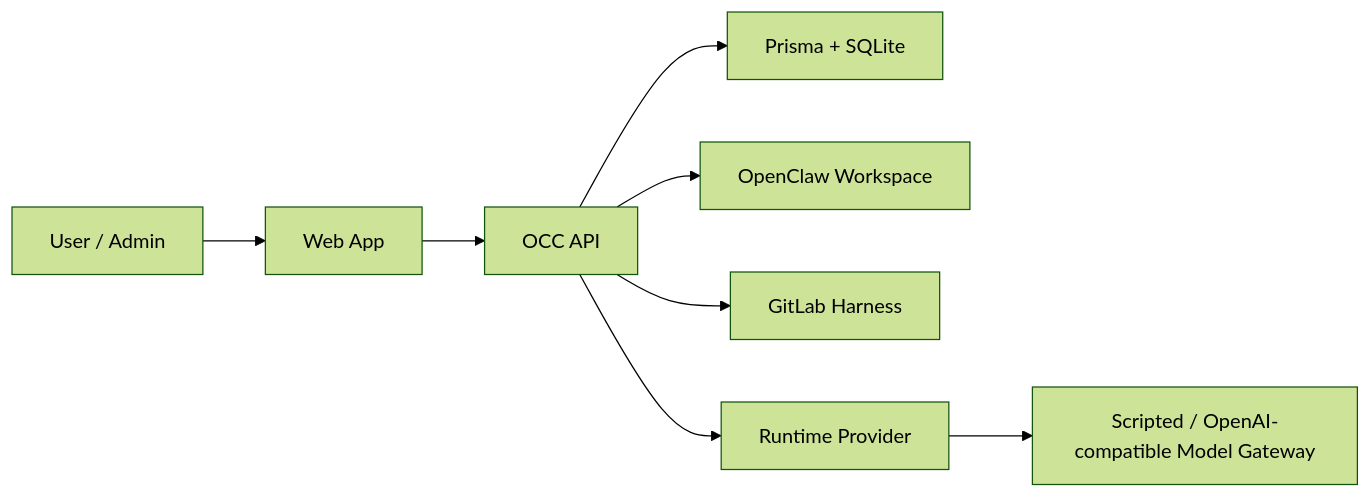
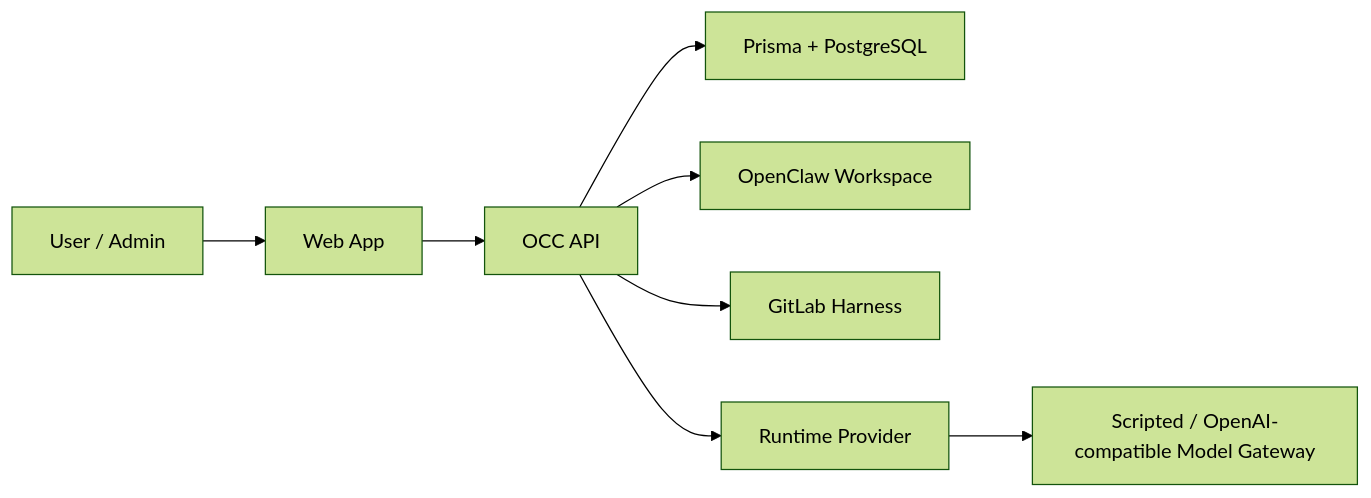
The diagram in README.md (hanlee118/ai-agent-), drawn with Mermaid (forest theme) before and after one commit. The commit also changed other lines of this file and 76 other files, not shown here.

````diff
--- a/README.md
+++ b/README.md
@@ -100,10 +100,10 @@
 ```mermaid
 flowchart LR
   U["User / Admin"] --> W["Web App"]
   W --> A["OCC API"]
-  A --> D["Prisma + SQLite"]
+  A --> D["Prisma + PostgreSQL"]
   A --> O["OpenClaw Workspace"]
   A --> G["GitLab Harness"]
   A --> R["Runtime Provider"]
   R --> M["Scripted / OpenAI-compatible Model Gateway"]
 ```
````
